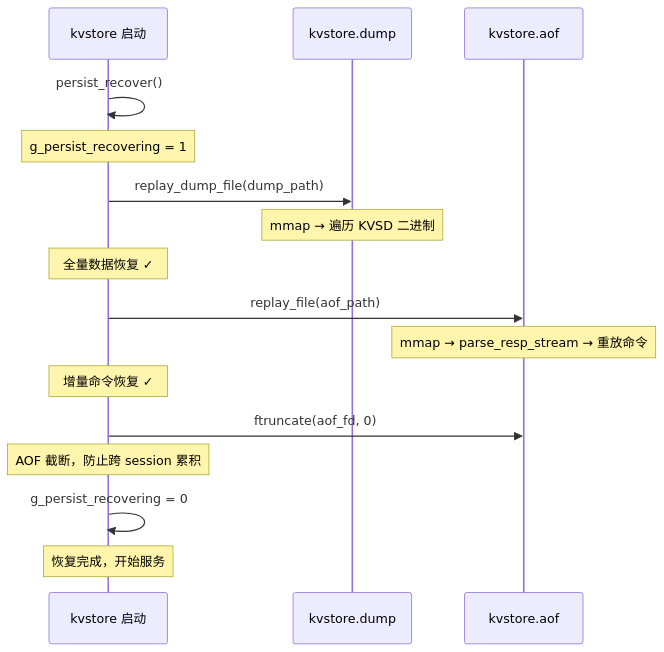
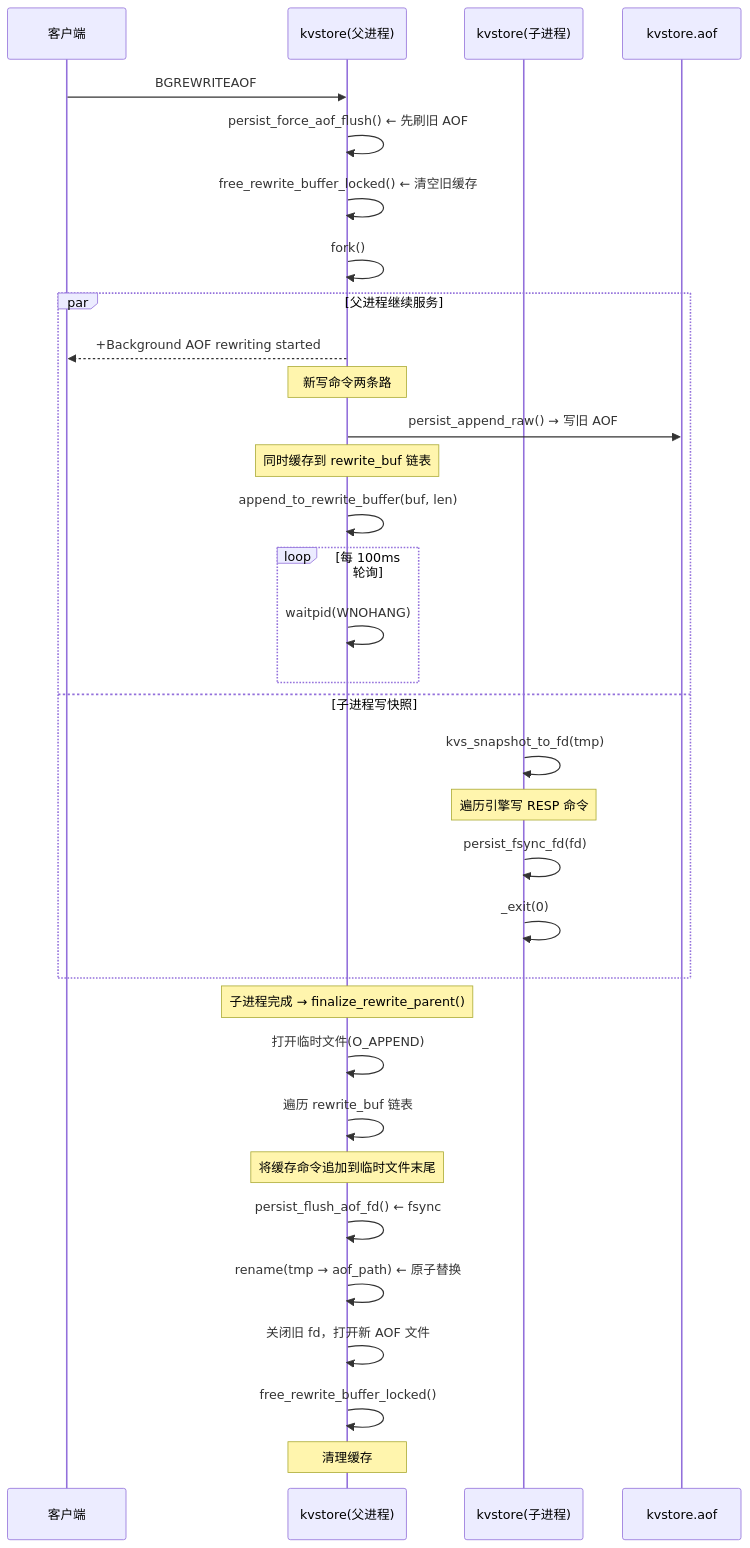
Before and after one commit to robotlover-1/kvstore: the tenth of 14 diagrams in README.md, drawn with Mermaid. The commit also changed other lines of this file and 19 other files, not shown here.

````diff
--- a/README.md
+++ b/README.md
@@ -966,23 +1868,38 @@
 ```mermaid
 sequenceDiagram
-    participant K as kvstore 启动
-    participant D as kvstore.dump
+    participant C as 客户端
+    participant K as kvstore(父进程)
+    participant CH as kvstore(子进程)
     participant A as kvstore.aof
 
-    K->>K: persist_recover()
-    Note over K: g_persist_recovering = 1
+    C->>K: BGREWRITEAOF
+    K->>K: persist_force_aof_flush()    ← 先刷旧 AOF
+    K->>K: free_rewrite_buffer_locked() ← 清空旧缓存
+    K->>K: fork()
 
-    K->>D: replay_dump_file(dump_path)
-    Note over D: mmap → 遍历 KVSD 二进制
-    Note over K: 全量数据恢复 ✓
+    par 父进程继续服务
+        K-->>C: +Background AOF rewriting started
+        Note over K: 新写命令两条路
+        K->>A: persist_append_raw() → 写旧 AOF
+        Note over K: 同时缓存到 rewrite_buf 链表
+        K->>K: append_to_rewrite_buffer(buf, len)
+        loop 每 100ms 轮询
+            K->>K: waitpid(WNOHANG)
+        end
+    and 子进程写快照
+        CH->>CH: kvs_snapshot_to_fd(tmp)
+        Note over CH: 遍历引擎写 RESP 命令
+        CH->>CH: persist_fsync_fd(fd)
+        CH->>CH: _exit(0)
+    end
 
-    K->>A: replay_file(aof_path)
-    Note over A: mmap → parse_resp_stream → 重放命令
-    Note over K: 增量命令恢复 ✓
-
-    K->>A: ftruncate(aof_fd, 0)
-    Note over K: AOF 截断，防止跨 session 累积
-
-    K->>K: g_persist_recovering = 0
-    Note over K: 恢复完成，开始服务
+    Note over K: 子进程完成 → finalize_rewrite_parent()
+    K->>K: 打开临时文件(O_APPEND)
+    K->>K: 遍历 rewrite_buf 链表
+    Note over K: 将缓存命令追加到临时文件末尾
+    K->>K: persist_flush_aof_fd()  ← fsync
+    K->>K: rename(tmp → aof_path)  ← 原子替换
+    K->>K: 关闭旧 fd，打开新 AOF 文件
+    K->>K: free_rewrite_buffer_locked()
+    Note over K: 清理缓存
 ```
````
